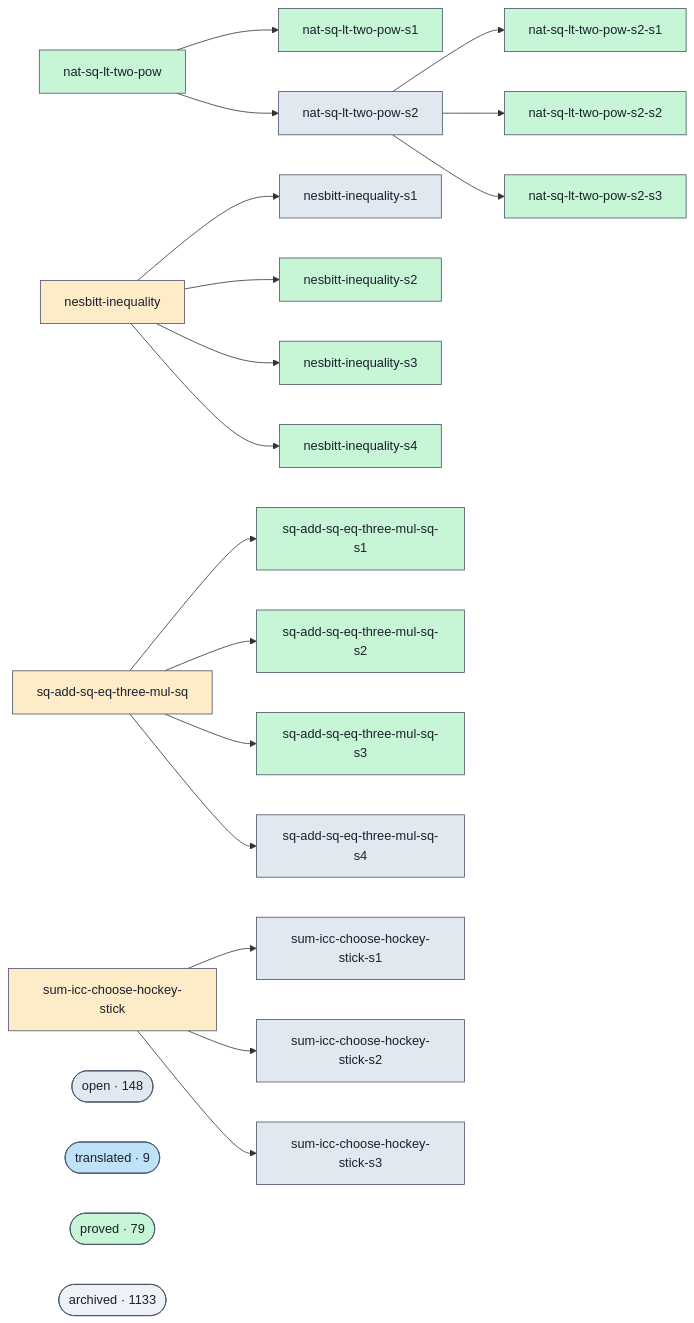
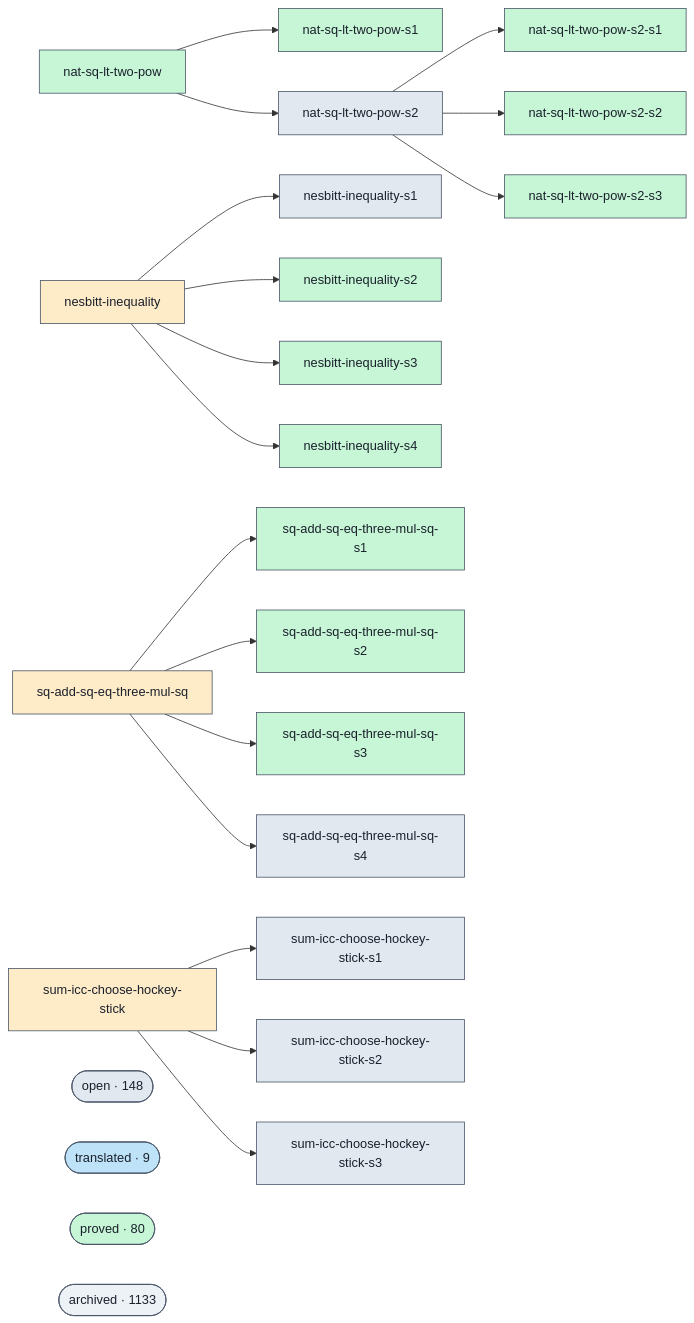
The diagram in docs/proofs-contributors-visualisation.md (ohdearquant/unsorry), drawn with Mermaid before and after one commit. The commit also changed other lines of this file and 2 other files, not shown here.

```diff
--- a/docs/proofs-contributors-visualisation.md
+++ b/docs/proofs-contributors-visualisation.md
@@ -102,7 +102,7 @@
   class cluster_open open;
   cluster_translated(["translated · 9"])
   class cluster_translated translated;
-  cluster_proved(["proved · 79"])
+  cluster_proved(["proved · 80"])
   class cluster_proved proved;
   cluster_archived(["archived · 1133"])
   class cluster_archived unknown;
```
